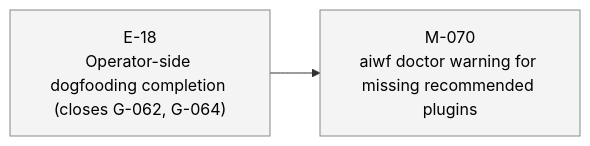
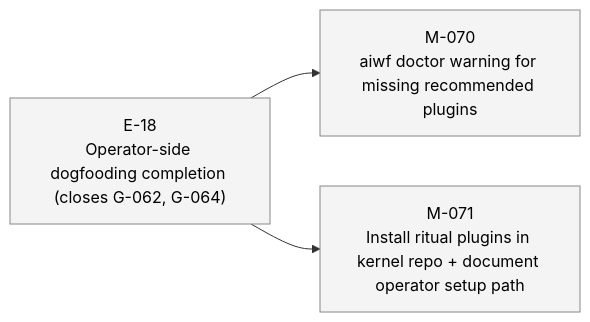
Before and after one commit to 23min/aiwf: the fourth of 4 diagrams in STATUS.md, drawn with Mermaid. The commit also changed other lines of this file and 1 other file, not shown here.

First line of the commit message:
aiwf add milestone M-071 "Install ritual plugins in kernel repo + document operator setup path"

````diff
--- a/STATUS.md
+++ b/STATUS.md
@@ -79,12 +80,14 @@
 ```mermaid
 flowchart LR
   E_18["E-18<br/>Operator-side dogfooding completion (closes G-062, G-064)"]:::epic_proposed
   M_070["M-070<br/>aiwf doctor warning for missing recommended plugins"]:::ms_draft
   E_18 --> M_070
+  M_071["M-071<br/>Install ritual plugins in kernel repo + document operator setup path"]:::ms_draft
+  E_18 --> M_071
   classDef epic_active fill:#d6eaff,stroke:#1a73e8,color:#000
   classDef epic_proposed fill:#f4f4f4,stroke:#888,color:#000
   classDef ms_done fill:#d8f5d8,stroke:#2a8a2a,color:#000
   classDef ms_in_progress fill:#fff3c4,stroke:#caa400,color:#000
   classDef ms_draft fill:#f4f4f4,stroke:#888,color:#000
   classDef ms_cancelled fill:#fbeaea,stroke:#c33,color:#000
 ```
````
